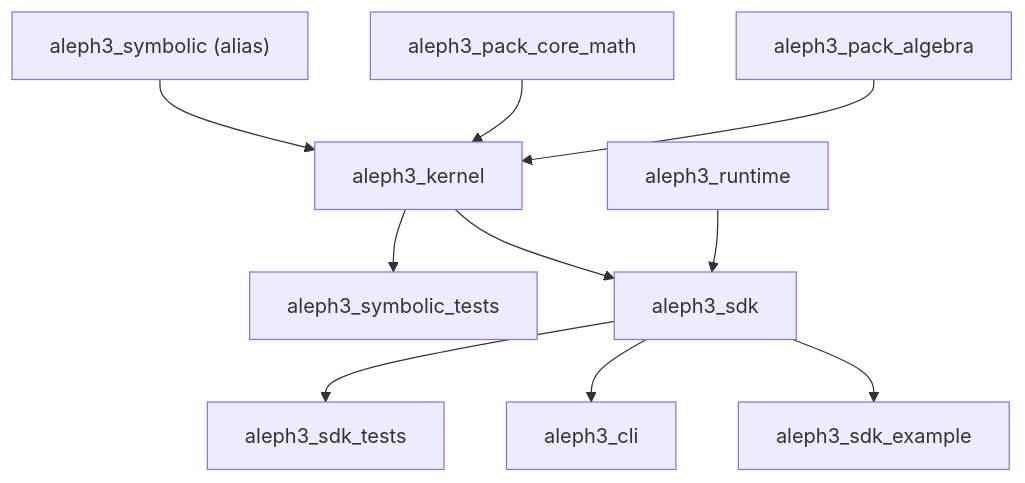
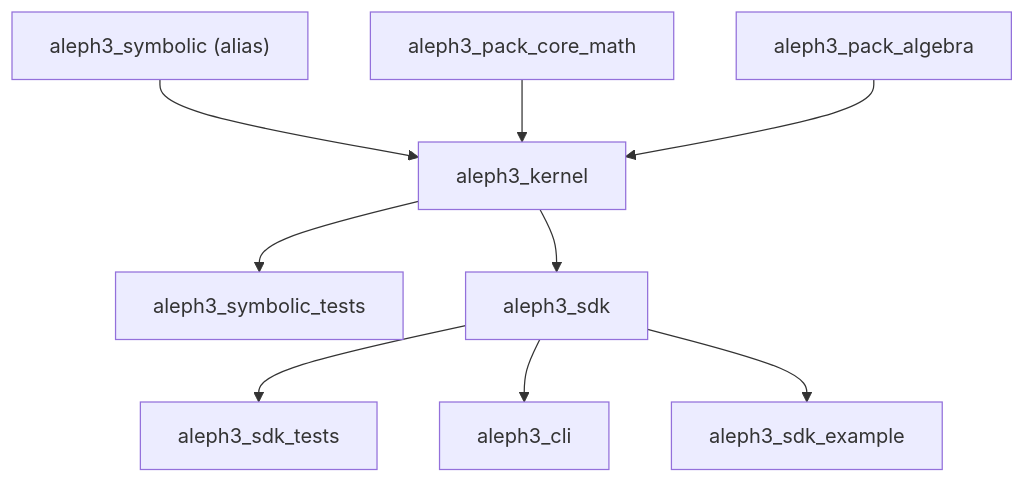
The diagram in docs/sdk/build_and_targets.md (sergiorf/aleph3), drawn with Mermaid before and after one commit. The commit also changed other lines of this file and 25 other files, not shown here.

````diff
--- a/docs/sdk/build_and_targets.md
+++ b/docs/sdk/build_and_targets.md
@@ -51,12 +50,11 @@
 ```mermaid
 flowchart TD
     Kernel["aleph3_kernel"] --> SymbolicTests["aleph3_symbolic_tests"]
     Symbolic["aleph3_symbolic (alias)"] --> Kernel
     CoreMath["aleph3_pack_core_math"] --> Kernel
     Algebra["aleph3_pack_algebra"] --> Kernel
     Kernel --> Sdk["aleph3_sdk"]
-    Runtime["aleph3_runtime"] --> Sdk
     Sdk --> SdkTests["aleph3_sdk_tests"]
     Sdk --> Cli["aleph3_cli"]
     Sdk --> Example["aleph3_sdk_example"]
 ```
````
